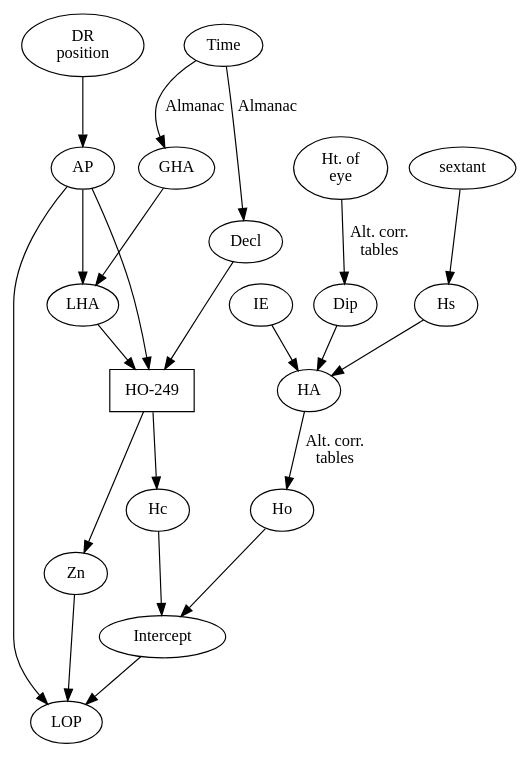
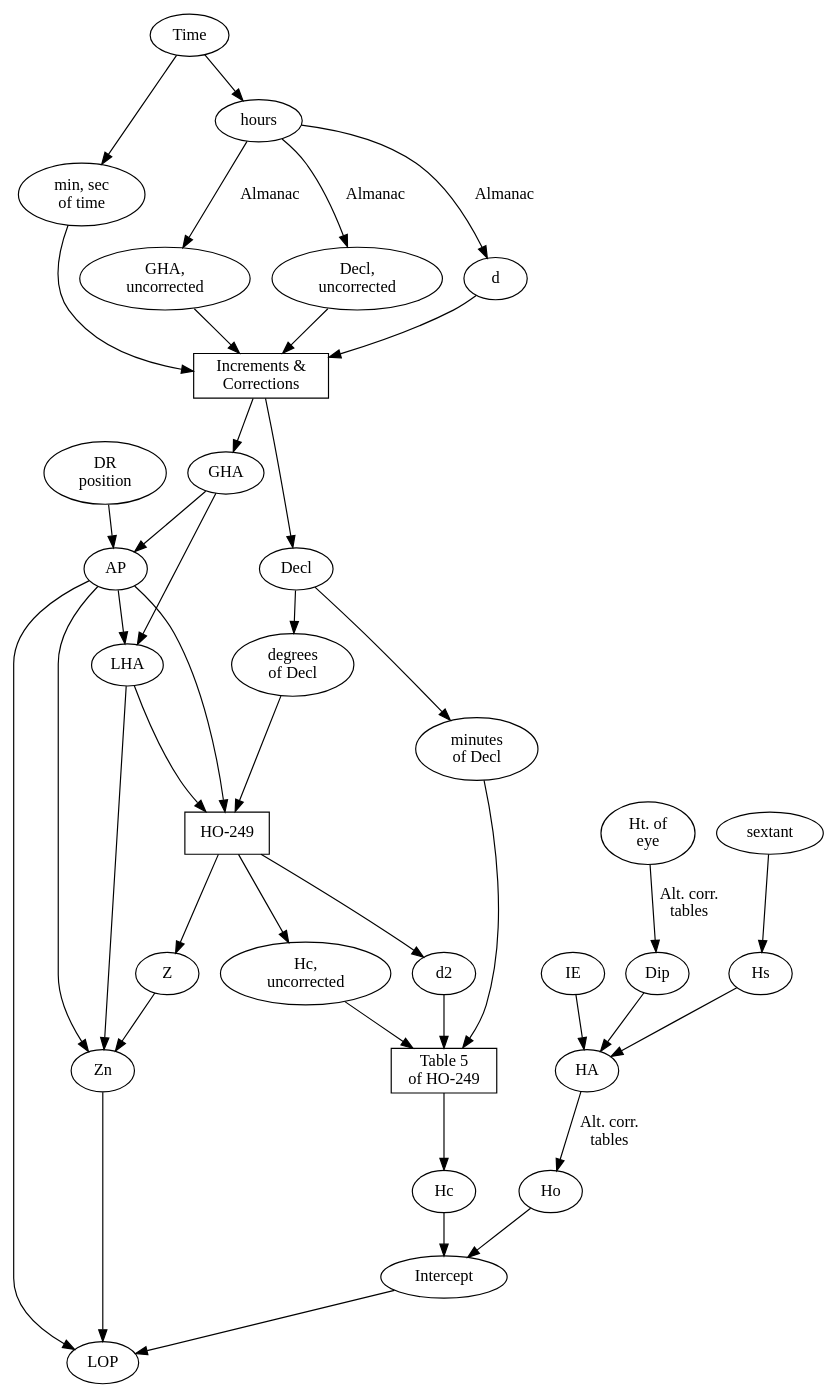
Before and after one commit to zimolzak/Sight-reduction-problems: the diagram in sight reduction.dot, drawn with Graphviz.

Commit message:
Add a lot of correction tables

```diff
--- a/sight reduction.dot
+++ b/sight reduction.dot
@@ -1,37 +1,70 @@
 digraph {
 
 DR_pos [label="DR\nposition"]
 Ht_of_eye [label="Ht. of\neye"]
 HO_249 [label="HO-249"]
+
+min_sec [label="min, sec\nof time"]
+GHA_u [label="GHA,\nuncorrected"]
+Decl_u [label="Decl,\nuncorrected"]
+Decl_d [label="degrees\nof Decl"]
+Decl_m [label="minutes\nof Decl"]
+Hc_u [label="Hc,\nuncorrected"]
+
+AP -> Zn
+LHA -> Zn
 
 sextant -> Hs
 Hs -> HA
 IE -> HA
 Ht_of_eye -> Dip [label="Alt. corr.\ntables"]
 Dip -> HA
 HA -> Ho [label="Alt. corr.\ntables"]
 
-Time -> GHA [label="Almanac"]
-Time -> Decl [label="Almanac"]
+Time -> hours
+Time -> min_sec
 
+hours -> GHA_u [label="Almanac"]
+hours -> Decl_u [label="Almanac"]
+hours -> d  [label="Almanac"]
+
+ic [label="Increments &\nCorrections" shape="rectangle"]
+min_sec -> ic
+GHA_u -> ic
+Decl_u -> ic
+d -> ic
+ic -> GHA
+ic -> Decl
+
+GHA -> AP
 DR_pos -> AP
 AP -> LHA
 GHA -> LHA
 
 HO_249 [shape="rectangle"]
 
 AP -> HO_249
 LHA -> HO_249
-Decl -> HO_249
 
-HO_249 -> Hc
-HO_249 -> Zn
+Decl -> Decl_d
+Decl -> Decl_m
+Decl_d -> HO_249
+
+HO_249 -> Hc_u
+HO_249 -> Z -> Zn
+HO_249 -> d2
+
+tab5 [label="Table 5\nof HO-249" shape="rectangle"]
+Decl_m -> tab5
+d2 -> tab5
+Hc_u -> tab5
+tab5 -> Hc
 
 Ho -> Intercept
 Hc -> Intercept
 
 AP -> LOP
 Zn -> LOP
 Intercept -> LOP
 
 }
```
